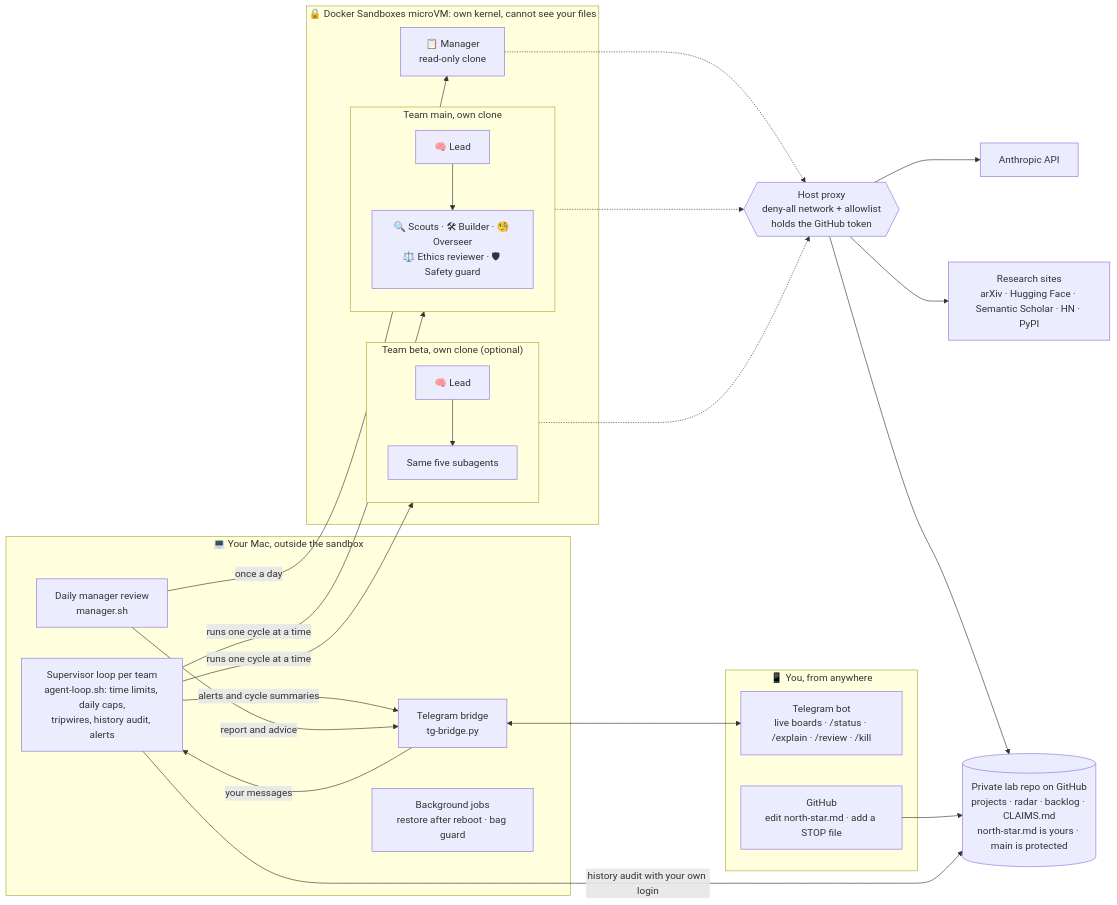
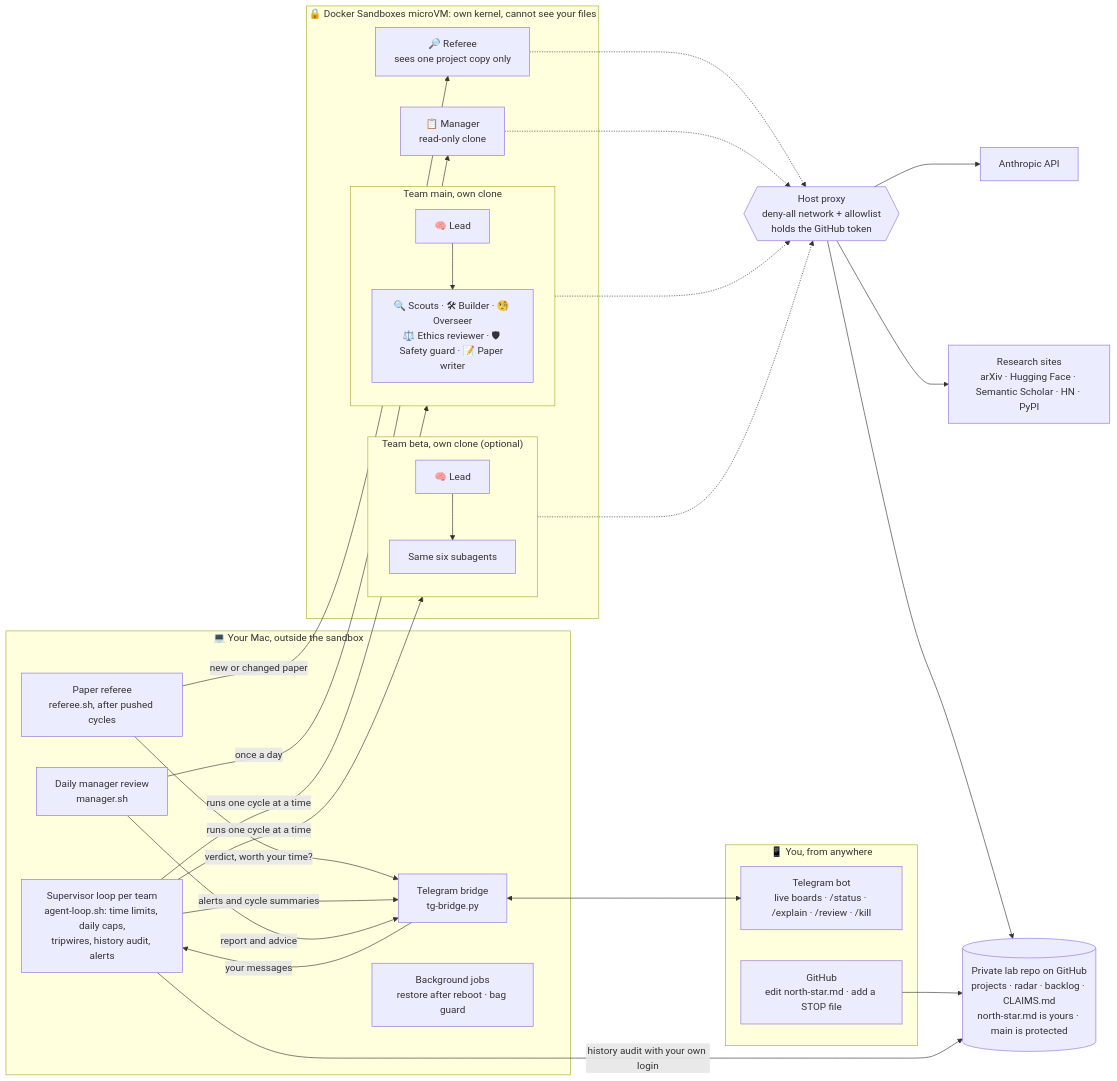
Before and after one commit to pranavnandyalam/autonomous-research-lab: the diagram in README.md, drawn with Mermaid. The commit also changed other lines of this file and 8 other files, not shown here.

````diff
--- a/README.md
+++ b/README.md
@@ -16,45 +16,50 @@
 ```mermaid
 flowchart LR
   subgraph PHONE["📱 You, from anywhere"]
     TG["Telegram bot<br/>live boards · /status · /explain · /review · /kill"]
     GHAPP["GitHub<br/>edit north-star.md · add a STOP file"]
   end
 
   subgraph MAC["💻 Your Mac, outside the sandbox"]
     LOOPS["Supervisor loop per team<br/>agent-loop.sh: time limits, daily caps,<br/>tripwires, history audit, alerts"]
     BRIDGE["Telegram bridge<br/>tg-bridge.py"]
     MGR["Daily manager review<br/>manager.sh"]
+    REFS["Paper referee<br/>referee.sh, after pushed cycles"]
     JOBS["Background jobs<br/>restore after reboot · bag guard"]
   end
 
   subgraph VM["🔒 Docker Sandboxes microVM: own kernel, cannot see your files"]
     subgraph TEAMA["Team main, own clone"]
-      LA["🧠 Lead"] --> SA["🔍 Scouts · 🛠 Builder · 🧐 Overseer<br/>⚖️ Ethics reviewer · 🛡 Safety guard"]
+      LA["🧠 Lead"] --> SA["🔍 Scouts · 🛠 Builder · 🧐 Overseer<br/>⚖️ Ethics reviewer · 🛡 Safety guard · 📝 Paper writer"]
     end
     subgraph TEAMB["Team beta, own clone (optional)"]
-      LB["🧠 Lead"] --> SB["Same five subagents"]
+      LB["🧠 Lead"] --> SB["Same six subagents"]
     end
     MR["📋 Manager<br/>read-only clone"]
+    RF["🔎 Referee<br/>sees one project copy only"]
   end
 
   PROXY{{"Host proxy<br/>deny-all network + allowlist<br/>holds the GitHub token"}}
   NET["Research sites<br/>arXiv · Hugging Face · Semantic Scholar · HN · PyPI"]
   REPO[("Private lab repo on GitHub<br/>projects · radar · backlog · CLAIMS.md<br/>north-star.md is yours · main is protected")]
   API["Anthropic API"]
 
   LOOPS -- "runs one cycle at a time" --> TEAMA
   LOOPS -- "runs one cycle at a time" --> TEAMB
   MGR -- "once a day" --> MR
+  REFS -- "new or changed paper" --> RF
+  RF -.-> PROXY
+  REFS -- "verdict, worth your time?" --> BRIDGE
   TEAMA -.-> PROXY
   TEAMB -.-> PROXY
   MR -.-> PROXY
   PROXY --> NET
   PROXY --> REPO
   PROXY --> API
   LOOPS -- "alerts and cycle summaries" --> BRIDGE
   MGR -- "report and advice" --> BRIDGE
   BRIDGE <--> TG
   BRIDGE -- "your messages" --> LOOPS
   GHAPP --> REPO
   LOOPS -- "history audit with your own login" --> REPO
 ```
````
